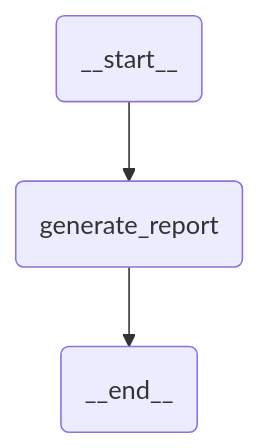
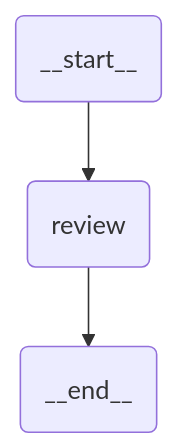
Before and after one commit to kartiksiva/DocumentValidation-Uipath: the diagram in ContractComparisonSolution/reviewer/agent.mermaid, drawn with Mermaid. The commit also changed 16 other files, not shown here.

First line of the commit message:
feat(PB-T2): shared Pydantic schemas + agent I/O types wired

```diff
--- a/ContractComparisonSolution/reviewer/agent.mermaid
+++ b/ContractComparisonSolution/reviewer/agent.mermaid
@@ -1,8 +1,8 @@
 %% AUTO-GENERATED by `uipath init`. Do not edit manually.
 %% Regenerated on every `uipath init`.
 flowchart TB
   __start__(__start__)
-  generate_report(generate_report)
+  review(review)
   __end__(__end__)
-  __start__ --> generate_report
-  generate_report --> __end__
+  __start__ --> review
+  review --> __end__
```
